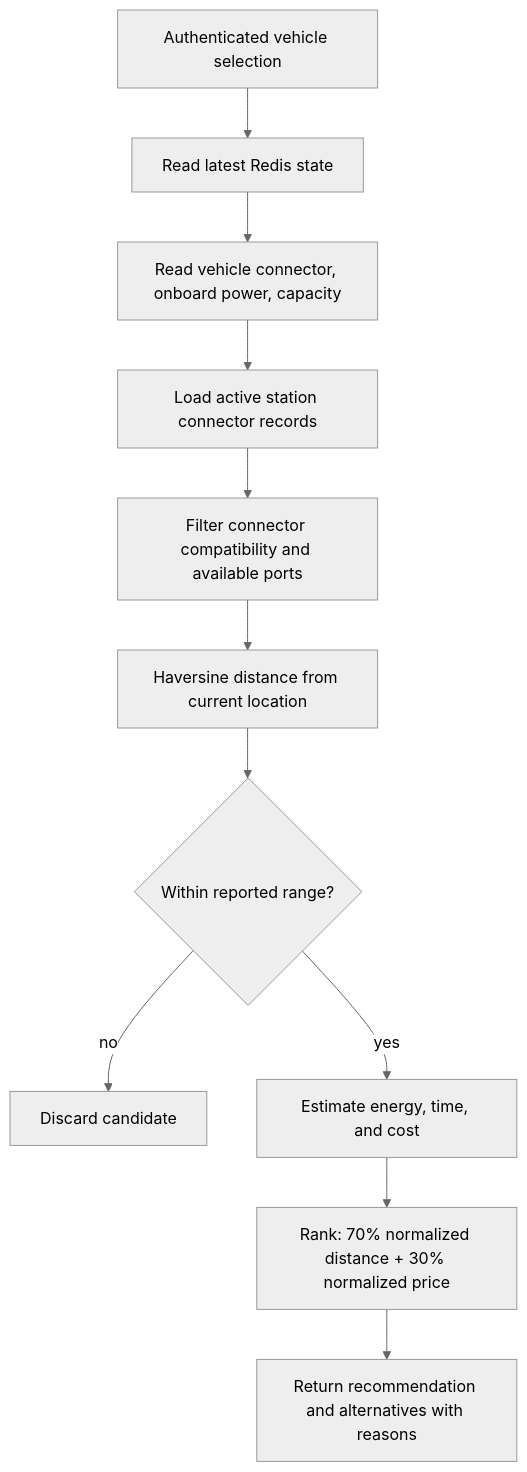
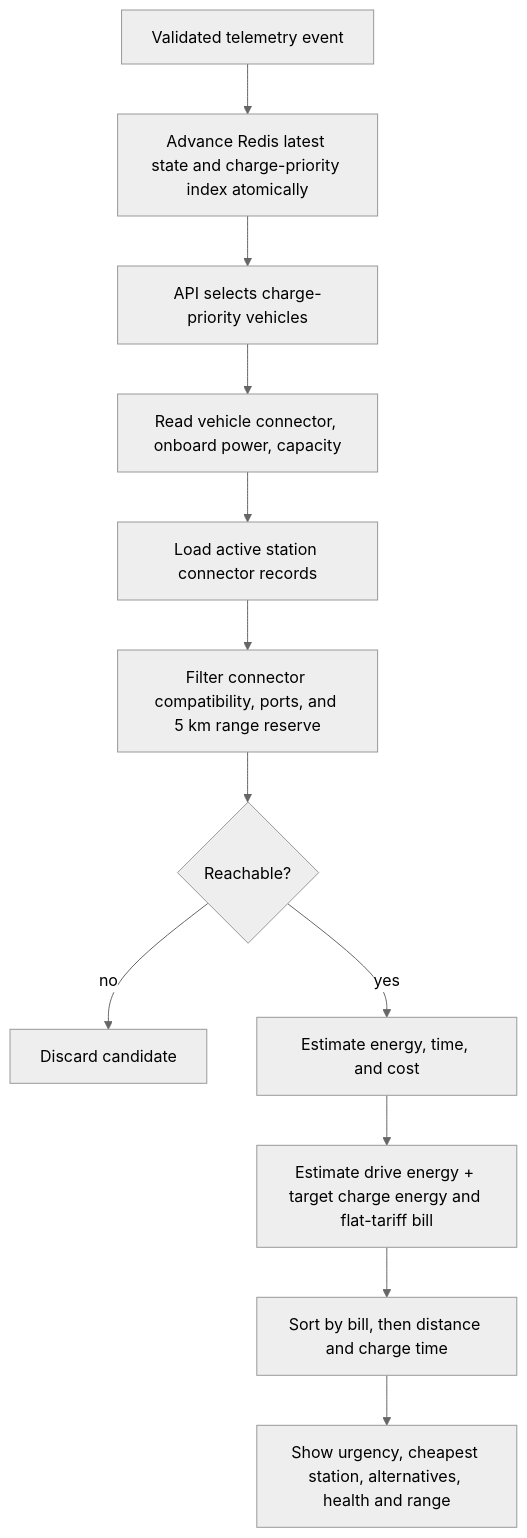
Before and after one commit to namanmahajan2020/EV-Fleet-Intelligence: the seventh of 8 diagrams in docs/diagrams/architecture.md, drawn with Mermaid (neutral theme). The commit also changed 18 other files, not shown here.

````diff
--- a/docs/diagrams/architecture.md
+++ b/docs/diagrams/architecture.md
@@ -135,13 +135,14 @@
 ```mermaid
 flowchart TD
-  A[Authenticated vehicle selection] --> B[Read latest Redis state]
-  B --> C[Read vehicle connector, onboard power, capacity]
-  C --> D[Load active station connector records]
-  D --> E[Filter connector compatibility and available ports]
-  E --> F[Haversine distance from current location]
-  F --> G{Within reported range?}
+  A[Validated telemetry event] --> B[Advance Redis latest state and charge-priority index atomically]
+  B --> C[API selects charge-priority vehicles]
+  C --> D[Read vehicle connector, onboard power, capacity]
+  D --> E[Load active station connector records]
+  E --> F[Filter connector compatibility, ports, and 5 km range reserve]
+  F --> G{Reachable?}
   G -- no --> H[Discard candidate]
   G -- yes --> I[Estimate energy, time, and cost]
-  I --> J[Rank: 70% normalized distance + 30% normalized price]
-  J --> K[Return recommendation and alternatives with reasons]
+  I --> J[Estimate drive energy + target charge energy and flat-tariff bill]
+  J --> K[Sort by bill, then distance and charge time]
+  K --> L[Show urgency, cheapest station, alternatives, health and range]
 ```
````
